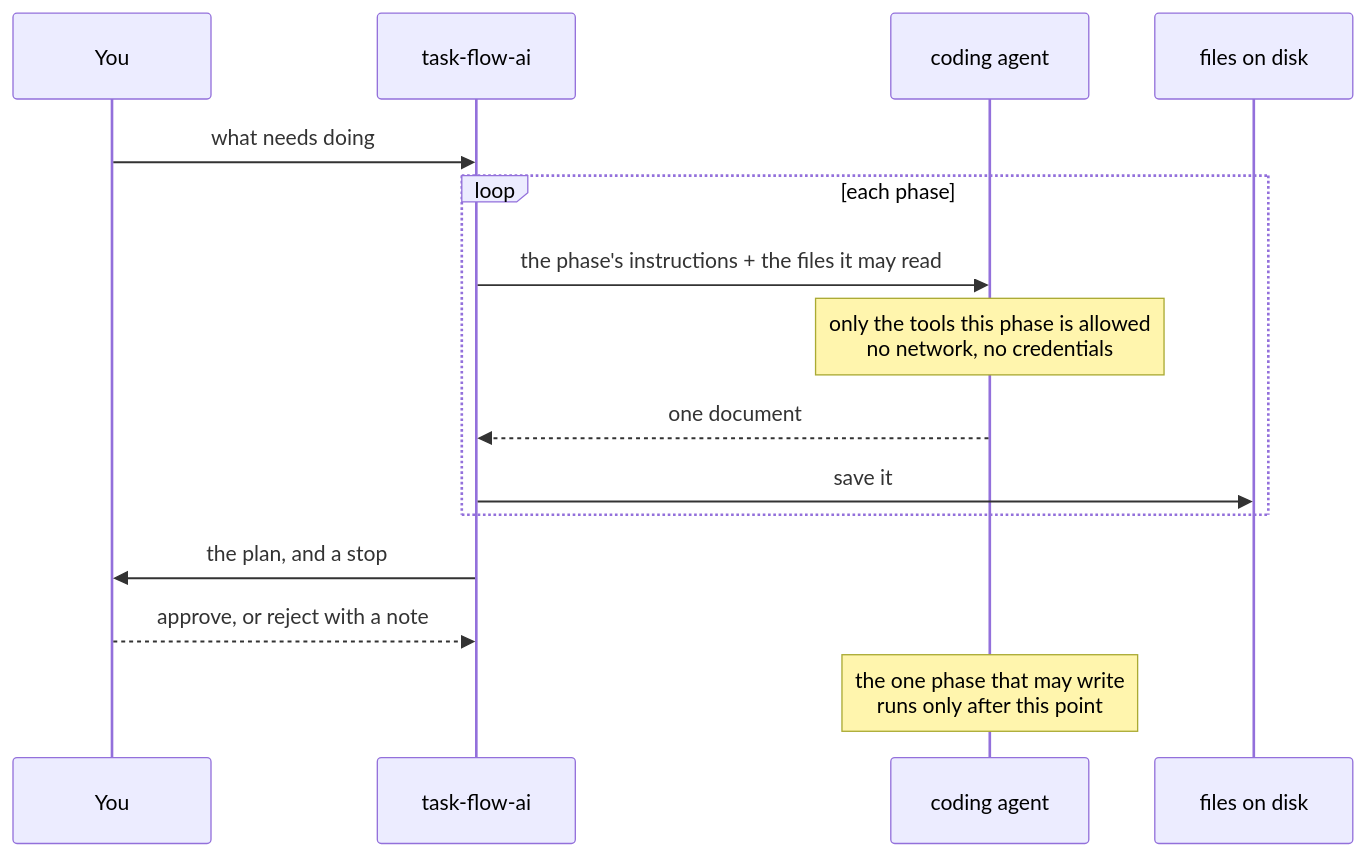
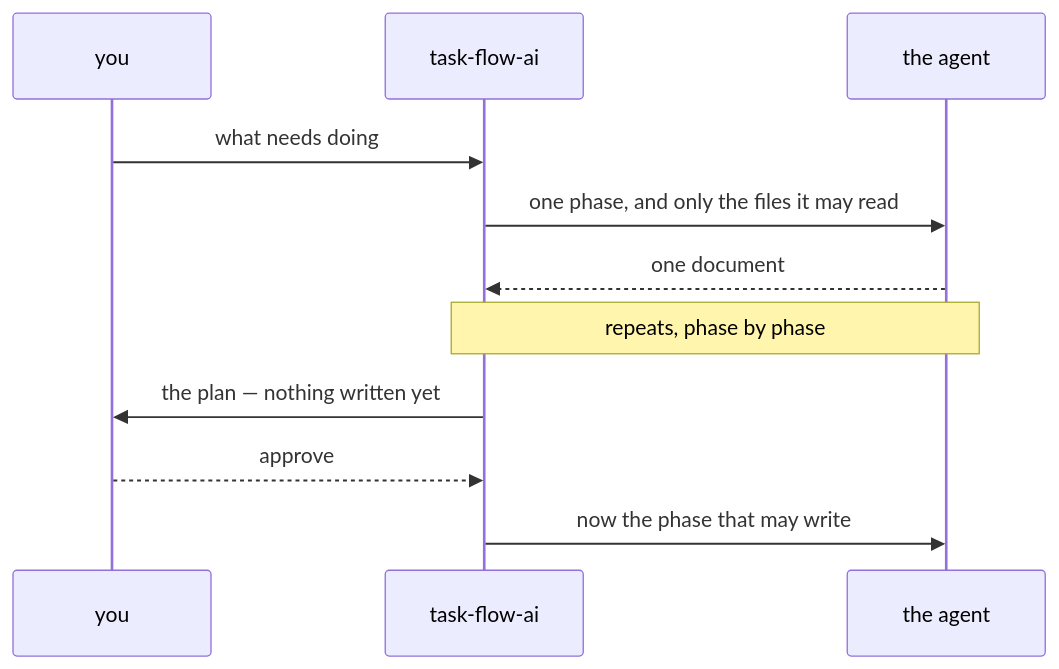
The third of 4 diagrams in README.md (AleAlle62/task-flow-ai), drawn with Mermaid before and after one commit. The commit also changed other lines of this file, not shown here.

Commit message:
readme update

````diff
--- a/README.md
+++ b/README.md
@@ -146,18 +138,14 @@
 ```mermaid
 sequenceDiagram
-    participant You
+    participant You as you
     participant Tool as task-flow-ai
-    participant Agent as coding agent
-    participant Disk as files on disk
+    participant Agent as the agent
 
     You->>Tool: what needs doing
-    loop each phase
-        Tool->>Agent: the phase's instructions + the files it may read
-        Note over Agent: only the tools this phase is allowed<br/>no network, no credentials
-        Agent-->>Tool: one document
-        Tool->>Disk: save it
-    end
-    Tool->>You: the plan, and a stop
-    You-->>Tool: approve, or reject with a note
-    Note over Agent: the one phase that may write<br/>runs only after this point
+    Tool->>Agent: one phase, and only the files it may read
+    Agent-->>Tool: one document
+    Note over Tool,Agent: repeats, phase by phase
+    Tool->>You: the plan — nothing written yet
+    You-->>Tool: approve
+    Tool->>Agent: now the phase that may write
 ```
````
